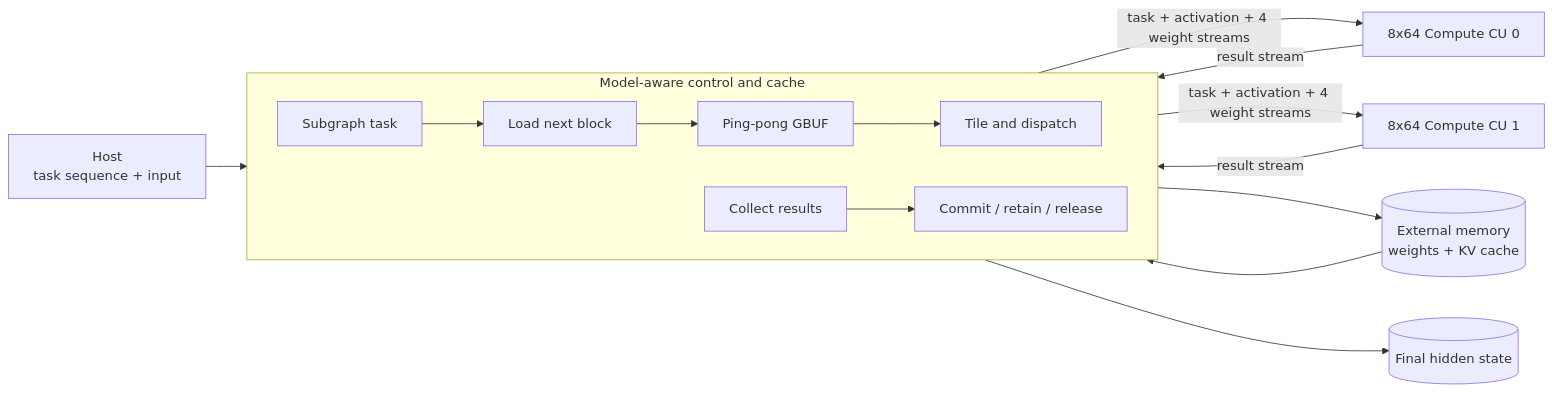
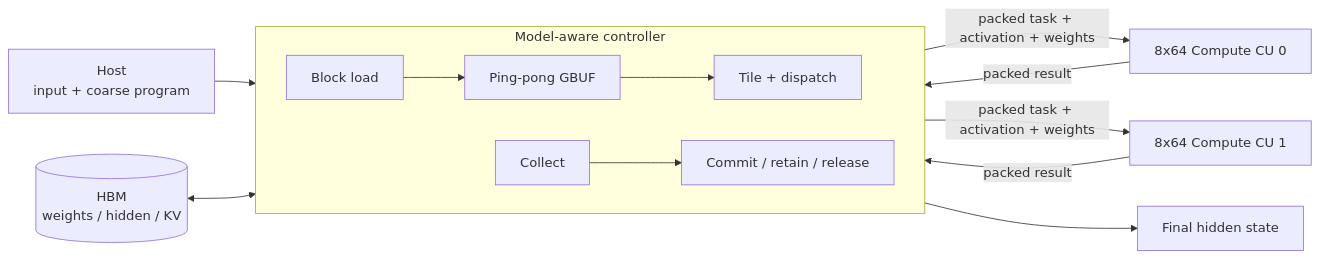
One commit to TruNcat3/LLM-ACCEL changed the first of 2 diagrams in README.md. Above: the diagram before and after it, drawn with Mermaid. The commit also changed other lines of this file and 16 other files, not shown here.

````diff
--- a/README.md
+++ b/README.md
@@ -46,20 +46,18 @@
 ```mermaid
 flowchart LR
-    H[Host<br/>task sequence + input] --> CMD
-    W[(External memory<br/>weights + KV cache)] --> L
+    H[Host<br/>input + coarse program] --> C
+    M[(HBM<br/>weights / hidden / KV)] <--> C
 
-    subgraph CTRL[Model-aware control and cache]
+    subgraph C[Model-aware controller]
       direction LR
-      CMD[Subgraph task] --> L[Load next block]
-      L --> B[Ping-pong GBUF]
-      B --> D[Tile and dispatch]
-      R[Collect results] --> P[Commit / retain / release]
+      L[Block load] --> B[Ping-pong GBUF]
+      B --> D[Tile + dispatch]
+      R[Collect] --> P[Commit / retain / release]
     end
 
-    D -->|task + activation + 4 weight streams| U0[8x64 Compute CU 0]
-    D -->|task + activation + 4 weight streams| U1[8x64 Compute CU 1]
-    U0 -->|result stream| R
-    U1 -->|result stream| R
-    P --> W
-    P --> O[(Final hidden state)]
+    D -->|packed task + activation + weights| U0[8x64 Compute CU 0]
+    D -->|packed task + activation + weights| U1[8x64 Compute CU 1]
+    U0 -->|packed result| R
+    U1 -->|packed result| R
+    P --> O[Final hidden state]
 ```
````
